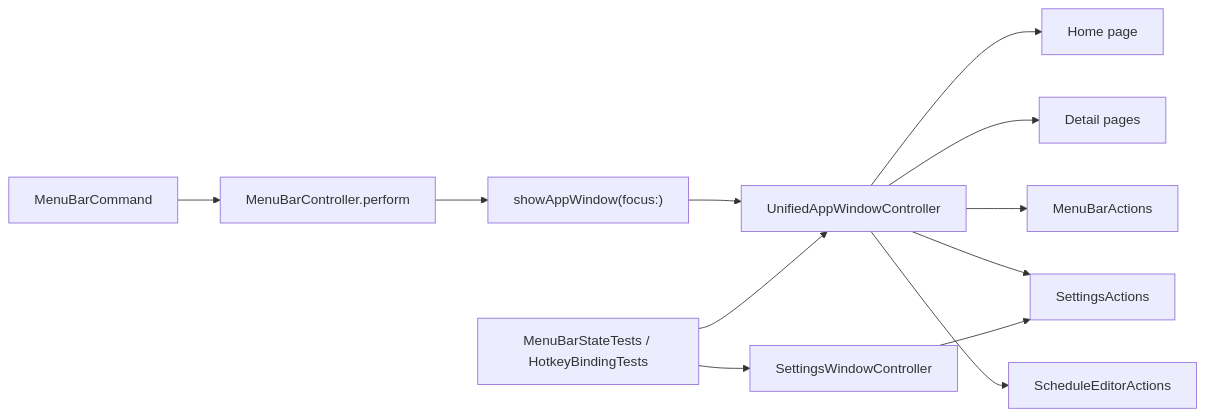
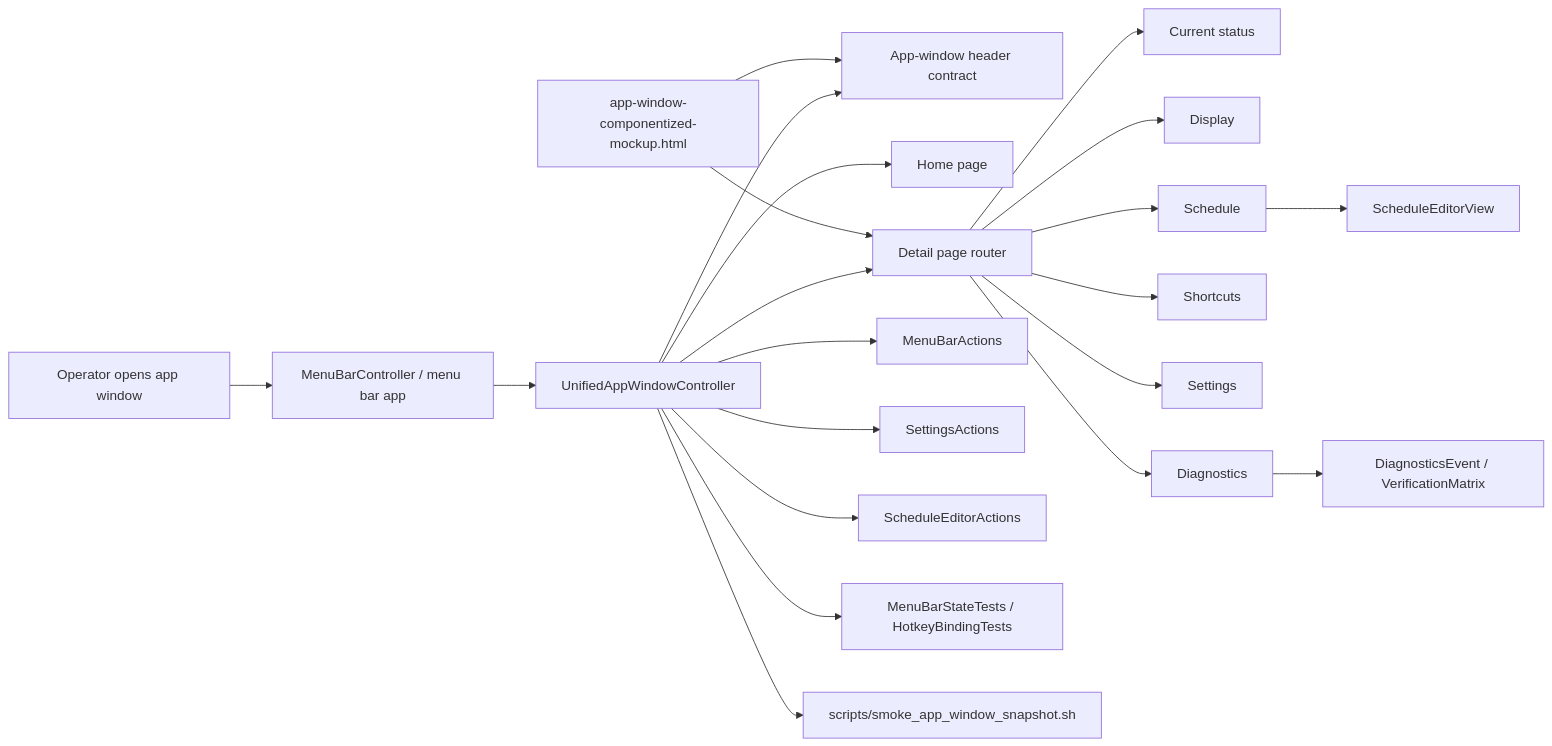
One commit to everydy/InnosDimmer changed the diagram in docs/design/window-redesign/mockup-gap-audit/2026-06-22-mockup-gap-repair-plan-first.md. Above: the diagram before and after it, drawn with Mermaid. The commit also changed other lines of this file and 7 other files, not shown here.

First line of the commit message:
Document app window redesign audit updates

````diff
--- a/docs/design/window-redesign/mockup-gap-audit/2026-06-22-mockup-gap-repair-plan-first.md
+++ b/docs/design/window-redesign/mockup-gap-audit/2026-06-22-mockup-gap-repair-plan-first.md
@@ -33,14 +57,24 @@
 ```mermaid
 flowchart LR
-    Command["MenuBarCommand"] --> Route["MenuBarController.perform"]
-    Route --> Window["showAppWindow(focus:)"]
-    Window --> Unified["UnifiedAppWindowController"]
-    Unified --> Home["Home page"]
-    Unified --> Detail["Detail pages"]
-    Unified --> Live["MenuBarActions"]
-    Unified --> Settings["SettingsActions"]
-    Unified --> Schedule["ScheduleEditorActions"]
-    Legacy["SettingsWindowController"] --> Settings
-    Tests["MenuBarStateTests / HotkeyBindingTests"] --> Unified
-    Tests --> Legacy
+    Operator["Operator opens app window"] --> MenuBar["MenuBarController / menu bar app"]
+    MenuBar --> Window["UnifiedAppWindowController"]
+    Window --> Header["App-window header contract"]
+    Window --> Home["Home page"]
+    Window --> DetailRouter["Detail page router"]
+    DetailRouter --> Current["Current status"]
+    DetailRouter --> Display["Display"]
+    DetailRouter --> Schedule["Schedule"]
+    DetailRouter --> Shortcuts["Shortcuts"]
+    DetailRouter --> Settings["Settings"]
+    DetailRouter --> Diagnostics["Diagnostics"]
+
+    Window --> MenuActions["MenuBarActions"]
+    Window --> SettingsActions["SettingsActions"]
+    Window --> ScheduleActions["ScheduleEditorActions"]
+    Schedule --> ScheduleEditor["ScheduleEditorView"]
+    Diagnostics --> DiagnosticsData["DiagnosticsEvent / VerificationMatrix"]
+    Window --> Tests["MenuBarStateTests / HotkeyBindingTests"]
+    Window --> Smoke["scripts/smoke_app_window_snapshot.sh"]
+    Mockup["app-window-componentized-mockup.html"] --> Header
+    Mockup --> DetailRouter
 ```
````
